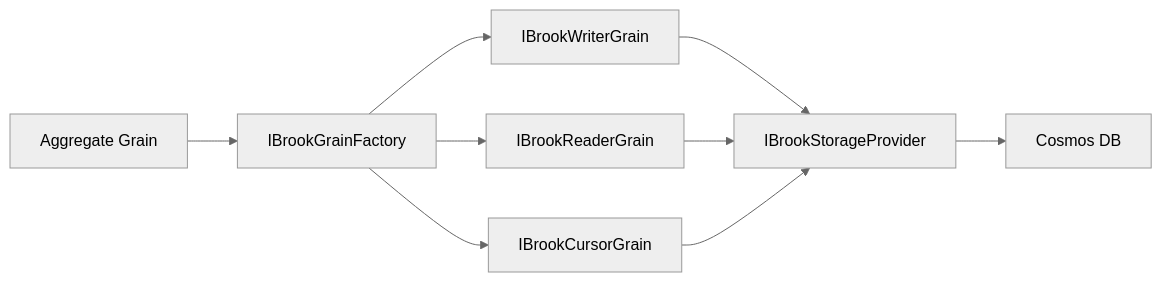
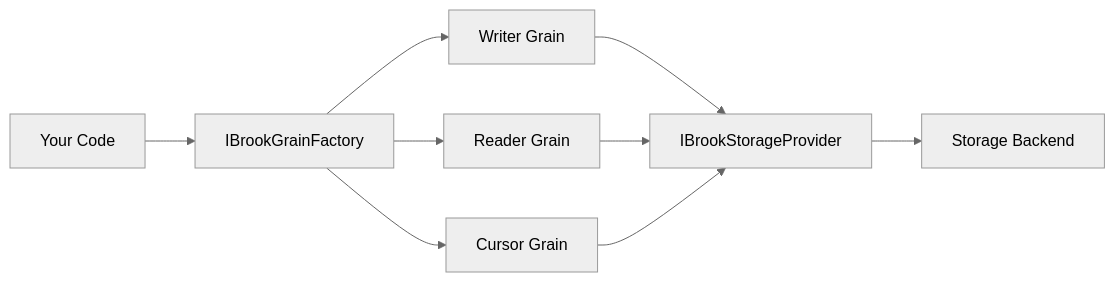
The diagram in docs/Docusaurus/docs/event-sourcing/brooks/brooks.md (Gibbs-Morris/mississippi), drawn with Mermaid (neutral theme) before and after one commit. The commit also changed other lines of this file and 5 other files, not shown here.

````diff
--- a/docs/Docusaurus/docs/event-sourcing/brooks/brooks.md
+++ b/docs/Docusaurus/docs/event-sourcing/brooks/brooks.md
@@ -29,11 +28,11 @@
 ```mermaid
 flowchart LR
-    A[Aggregate Grain] --> B[IBrookGrainFactory]
-    B --> C[IBrookWriterGrain]
-    B --> D[IBrookReaderGrain]
-    B --> E[IBrookCursorGrain]
+    A[Your Code] --> B[IBrookGrainFactory]
+    B --> C[Writer Grain]
+    B --> D[Reader Grain]
+    B --> E[Cursor Grain]
     C --> F[IBrookStorageProvider]
     D --> F
     E --> F
-    F --> G[Cosmos DB]
+    F --> G[Storage Backend]
 ```
````
